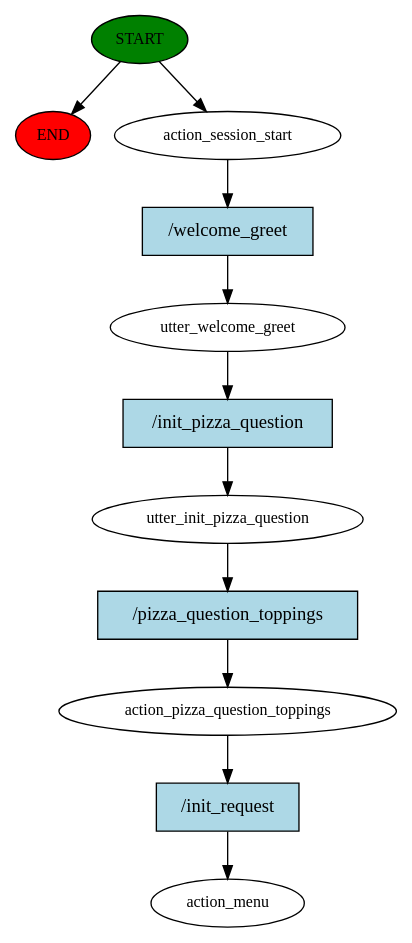
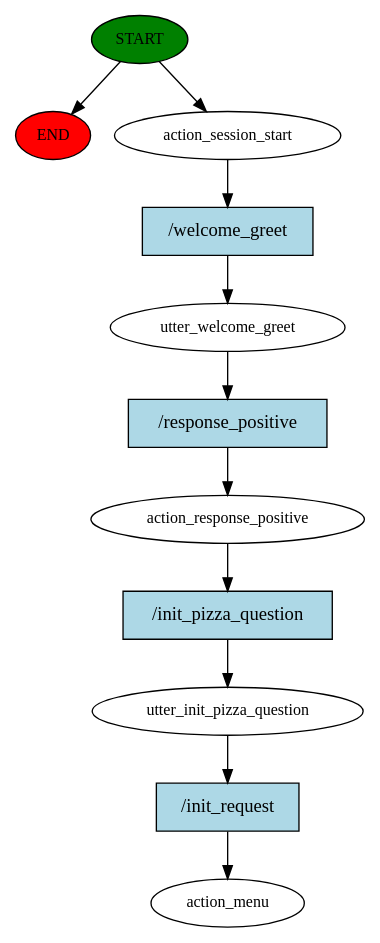
One commit to albertocasagrande99/TarantellaBot changed the diagram in story_graph.dot. Above: the diagram before and after it, drawn with Graphviz. The commit also changed 5 other files, not shown here.

```diff
--- a/story_graph.dot
+++ b/story_graph.dot
@@ -1,23 +1,23 @@
 digraph  {
 0 [class="start active", fillcolor=green, fontsize=12, label=START, style=filled];
 "-1" [class=end, fillcolor=red, fontsize=12, label=END, style=filled];
 1 [class=active, fontsize=12, label=action_session_start];
 2 [class=active, fontsize=12, label=utter_welcome_greet];
-3 [class=active, fontsize=12, label=utter_init_pizza_question];
-4 [class=active, fontsize=12, label=action_pizza_question_toppings];
+3 [class=active, fontsize=12, label=action_response_positive];
+4 [class=active, fontsize=12, label=utter_init_pizza_question];
 5 [class="dashed active", fontsize=12, label=action_menu];
 6 [class="intent active", fillcolor=lightblue, label="/welcome_greet", shape=rect, style=filled];
-7 [class="intent active", fillcolor=lightblue, label="/init_pizza_question", shape=rect, style=filled];
-8 [class="intent active", fillcolor=lightblue, label="/pizza_question_toppings", shape=rect, style=filled];
+7 [class="intent active", fillcolor=lightblue, label="/response_positive", shape=rect, style=filled];
+8 [class="intent active", fillcolor=lightblue, label="/init_pizza_question", shape=rect, style=filled];
 9 [class="intent active", fillcolor=lightblue, label="/init_request", shape=rect, style=filled];
 0 -> "-1"  [class="", key=NONE, label=""];
 0 -> 1  [class=active, key=NONE, label=""];
 1 -> 6  [class=active, key=0];
 2 -> 7  [class=active, key=0];
 3 -> 8  [class=active, key=0];
 4 -> 9  [class=active, key=0];
 6 -> 2  [class=active, key=0];
 7 -> 3  [class=active, key=0];
 8 -> 4  [class=active, key=0];
 9 -> 5  [class=active, key=0];
 }
```
